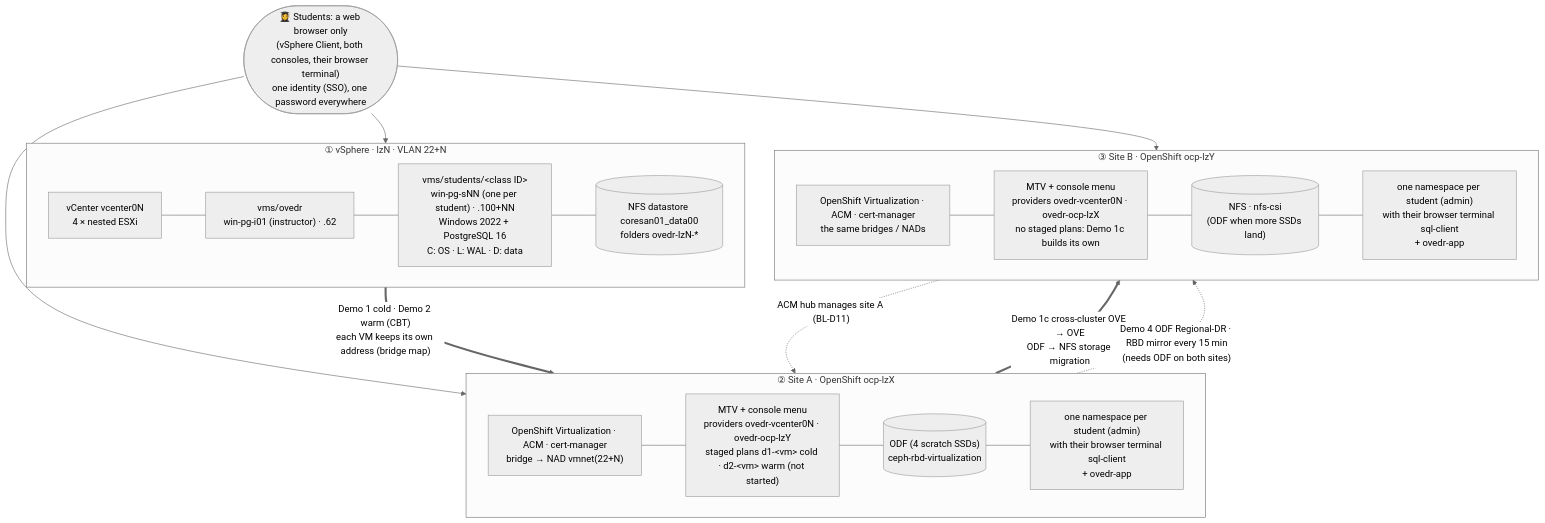
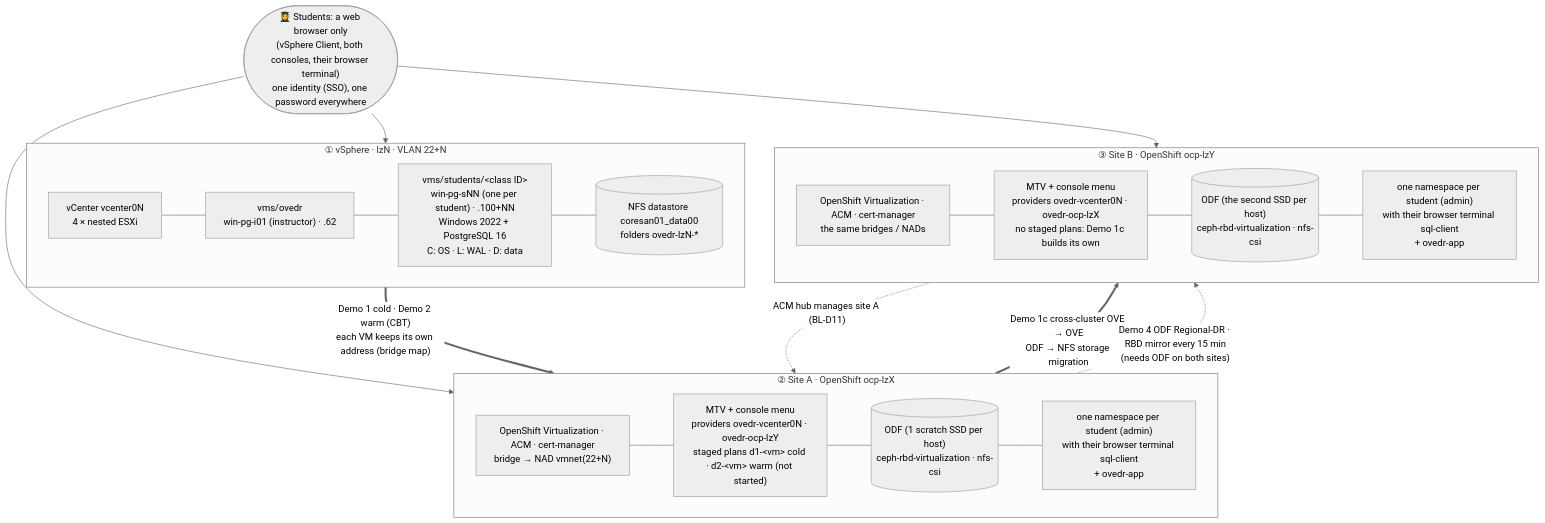
One commit to paragonmicro-lab/demo-0024-public changed the diagram in docs/demos/lab-diagram.md. Above: the diagram before and after it, drawn with Mermaid (neutral theme). The commit also changed other lines of this file and 1 other file, not shown here.

````diff
--- a/docs/demos/lab-diagram.md
+++ b/docs/demos/lab-diagram.md
@@ -20,39 +20,39 @@
 ```mermaid
 flowchart TB
   STU(["👩‍🎓 Students: a web browser only<br/>(vSphere Client, both consoles, their browser terminal)<br/>one identity (SSO), one password everywhere"])
 
   subgraph VS["① vSphere · lzN · VLAN 22+N"]
     direction LR
     VC["vCenter vcenter0N<br/>4 × nested ESXi"]
     VMI["vms/ovedr<br/>win-pg-i01 (instructor) · .62"]
     VMS["vms/students/&lt;class ID&gt;<br/>win-pg-sNN (one per student) · .100+NN<br/>Windows 2022 + PostgreSQL 16<br/>C: OS · L: WAL · D: data"]
     DS[("NFS datastore coresan01_data00<br/>folders ovedr-lzN-*")]
     VC --- VMI --- VMS --- DS
   end
 
   subgraph A["② Site A · OpenShift ocp-lzX"]
     direction LR
     A1["OpenShift Virtualization · ACM · cert-manager<br/>bridge → NAD vmnet(22+N)"]
     A2["MTV + console menu<br/>providers ovedr-vcenter0N · ovedr-ocp-lzY<br/>staged plans d1-&lt;vm&gt; cold · d2-&lt;vm&gt; warm (not started)"]
-    A3[("ODF (4 scratch SSDs)<br/>ceph-rbd-virtualization")]
+    A3[("ODF (1 scratch SSD per host)<br/>ceph-rbd-virtualization · nfs-csi")]
     A4["one namespace per student (admin)<br/>with their browser terminal sql-client<br/>+ ovedr-app"]
     A1 --- A2 --- A3 --- A4
   end
 
   subgraph B["③ Site B · OpenShift ocp-lzY"]
     direction LR
     B1["OpenShift Virtualization · ACM · cert-manager<br/>the same bridges / NADs"]
     B2["MTV + console menu<br/>providers ovedr-vcenter0N · ovedr-ocp-lzX<br/>no staged plans: Demo 1c builds its own"]
-    B3[("NFS · nfs-csi<br/>(ODF when more SSDs land)")]
+    B3[("ODF (the second SSD per host)<br/>ceph-rbd-virtualization · nfs-csi")]
     B4["one namespace per student (admin)<br/>with their browser terminal sql-client<br/>+ ovedr-app"]
     B1 --- B2 --- B3 --- B4
   end
 
   STU --> VS
   STU --> A
   STU --> B
   VS == "Demo 1 cold · Demo 2 warm (CBT)<br/>each VM keeps its own address (bridge map)" ==> A
   A == "Demo 1c cross-cluster OVE → OVE<br/>ODF → NFS storage migration" ==> B
   A -. "Demo 4 ODF Regional-DR · RBD mirror every 15 min<br/>(needs ODF on both sites)" .-> B
   B -. "ACM hub manages site A (BL-D11)" .-> A
 ```
````
